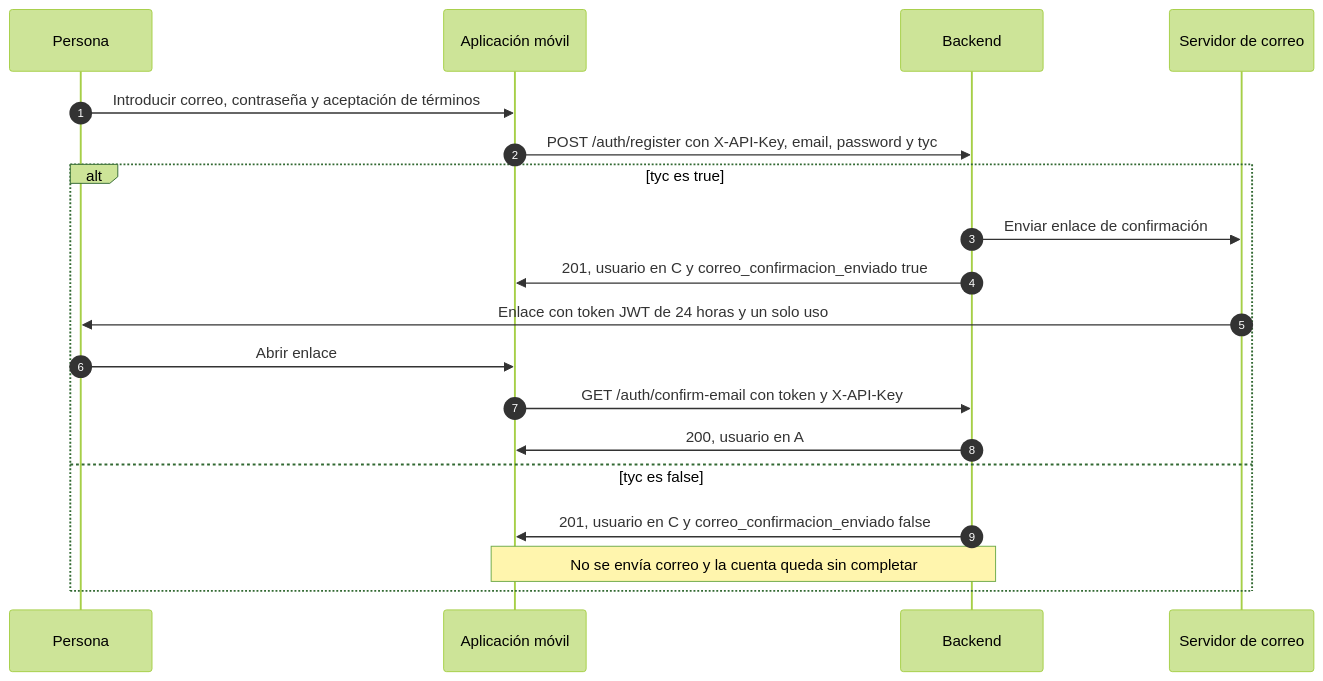
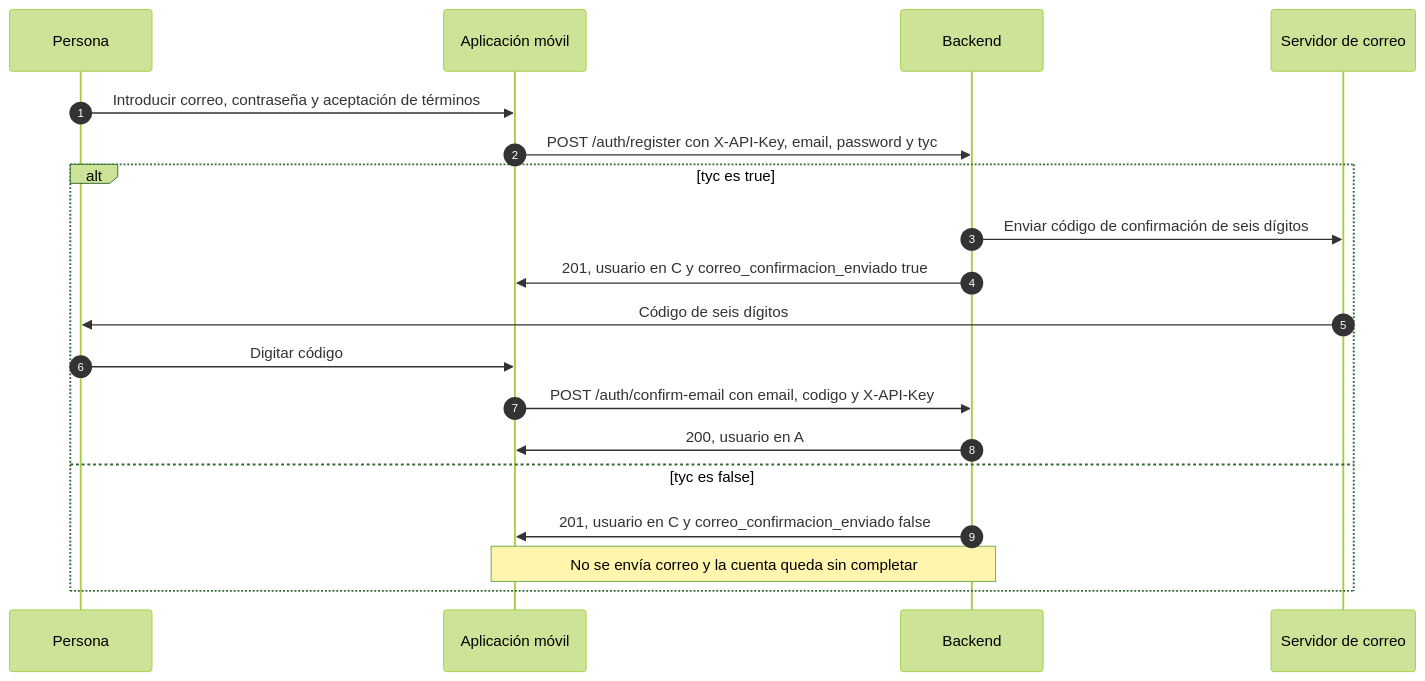
The second of 7 diagrams in docs/flujo-aplicacion-movil.md (CesarLopezPeriferiaIT/Back_FVL_Login), drawn with Mermaid (forest theme) before and after one commit. The commit also changed other lines of this file and 6 other files, not shown here.

First line of the commit message:
DOCUMENT OTP CONFIRMATION FLOW

````diff
--- a/docs/flujo-aplicacion-movil.md
+++ b/docs/flujo-aplicacion-movil.md
@@ -40,21 +40,21 @@
 ```mermaid
 sequenceDiagram
     autonumber
     participant Persona as Persona
     participant App as Aplicación móvil
     participant Backend as Backend
     participant Correo as Servidor de correo
     Persona->>App: Introducir correo, contraseña y aceptación de términos
     App->>Backend: POST /auth/register con X-API-Key, email, password y tyc
     alt tyc es true
-        Backend->>Correo: Enviar enlace de confirmación
+        Backend->>Correo: Enviar código de confirmación de seis dígitos
         Backend->>App: 201, usuario en C y correo_confirmacion_enviado true
-        Correo->>Persona: Enlace con token JWT de 24 horas y un solo uso
-        Persona->>App: Abrir enlace
-        App->>Backend: GET /auth/confirm-email con token y X-API-Key
+        Correo->>Persona: Código de seis dígitos
+        Persona->>App: Digitar código
+        App->>Backend: POST /auth/confirm-email con email, codigo y X-API-Key
         Backend->>App: 200, usuario en A
     else tyc es false
         Backend->>App: 201, usuario en C y correo_confirmacion_enviado false
         Note over App,Backend: No se envía correo y la cuenta queda sin completar
     end
 ```
````
